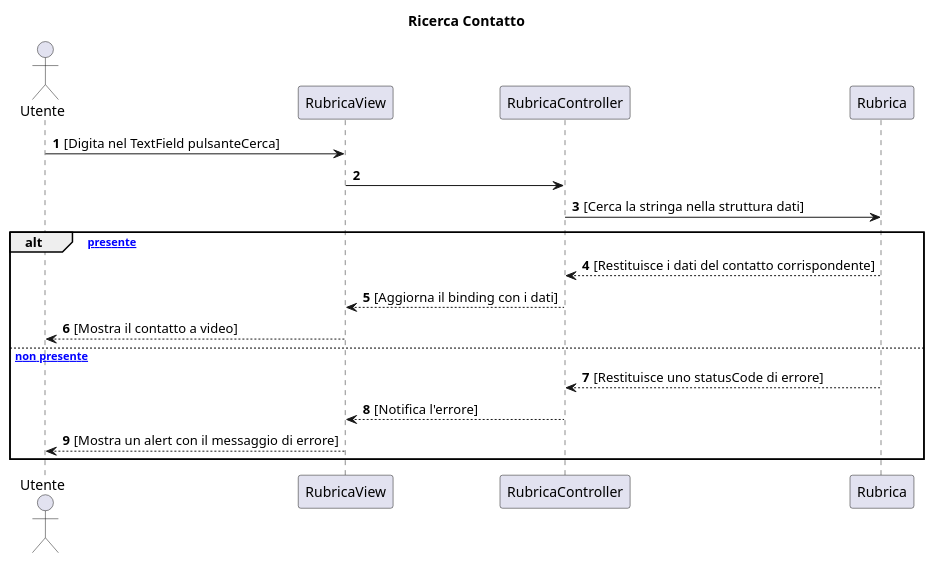
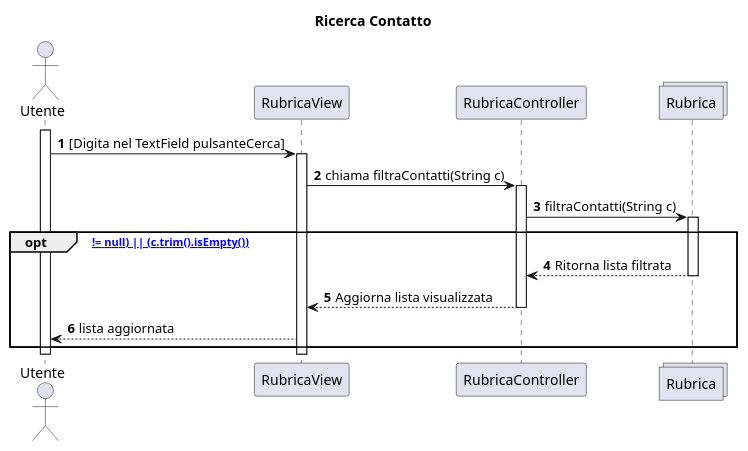
One commit to emanueletocci/uni-swe-project changed the diagram in docs/bozze/Diagrammi/Sequenza2/ScenarioRicercaContatto.puml. Above: the diagram before and after it, drawn with PlantUML.

Commit message:
aggiornamenti diagrammi sequenza

```diff
--- a/docs/bozze/Diagrammi/Sequenza2/ScenarioRicercaContatto.puml
+++ b/docs/bozze/Diagrammi/Sequenza2/ScenarioRicercaContatto.puml
@@ -1,20 +1,26 @@
 @startuml
 title Ricerca Contatto
 autonumber
 actor Utente
 participant RubricaView
 participant RubricaController
-participant Rubrica
+collections Rubrica
+activate Utente
 Utente -> RubricaView: [Digita nel TextField pulsanteCerca]
-RubricaView -> RubricaController: 
-RubricaController -> Rubrica: [Cerca la stringa nella struttura dati]
-alt [Stringa presente]
-    Rubrica --> RubricaController: [Restituisce i dati del contatto corrispondente]
-    RubricaController --> RubricaView: [Aggiorna il binding con i dati]
-    RubricaView --> Utente: [Mostra il contatto a video]
-else [Stringa non presente]
-    Rubrica --> RubricaController: [Restituisce uno statusCode di errore]
-    RubricaController --> RubricaView: [Notifica l'errore]
-    RubricaView --> Utente: [Mostra un alert con il messaggio di errore] 
+activate RubricaView
+RubricaView -> RubricaController: chiama filtraContatti(String c)
+activate RubricaController
+RubricaController -> Rubrica: filtraContatti(String c)
+activate Rubrica
+
+
+opt [(c != null) || (c.trim().isEmpty())]
+Rubrica --> RubricaController: Ritorna lista filtrata
+deactivate Rubrica
+RubricaController --> RubricaView: Aggiorna lista visualizzata
+deactivate RubricaController
+RubricaView --> Utente: lista aggiornata
 end
+deactivate RubricaView
+deactivate Utente
 @enduml
```
